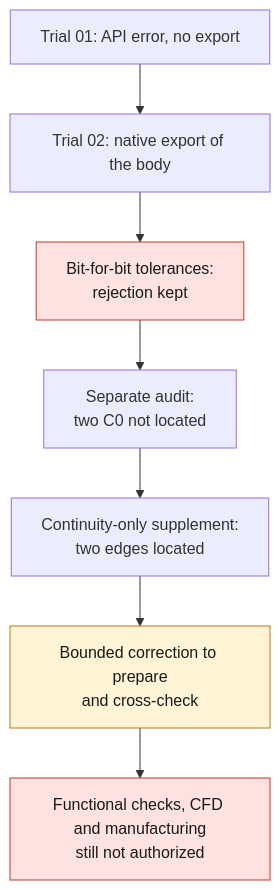
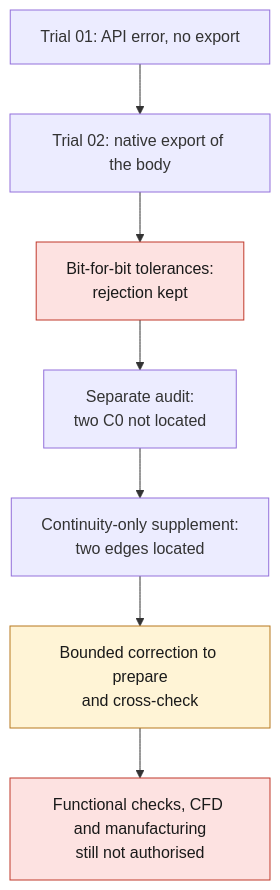
Before and after one commit to cluster2600/porscheparts: the diagram in docs/reports/M64_EXHAUST_NATIVE_AUDIT_20260908.md, drawn with Mermaid. The commit also changed other lines of this file and 480 other files, not shown here.

````diff
--- a/docs/reports/M64_EXHAUST_NATIVE_AUDIT_20260908.md
+++ b/docs/reports/M64_EXHAUST_NATIVE_AUDIT_20260908.md
@@ -113,13 +113,13 @@
 ```mermaid
 flowchart TD
     A["Trial 01: API error, no export"] --> B["Trial 02: native export of the body"]
     B --> C["Bit-for-bit tolerances:<br/>rejection kept"]
     C --> D["Separate audit:<br/>two C0 not located"]
     D --> E["Continuity-only supplement:<br/>two edges located"]
     E --> F["Bounded correction to prepare<br/>and cross-check"]
-    F --> G["Functional checks, CFD and manufacturing<br/>still not authorized"]
+    F --> G["Functional checks, CFD and manufacturing<br/>still not authorised"]
     class C,G stop
     class F open
     classDef stop fill:#fde2e1,stroke:#c0392b,color:#1a1a1a;
     classDef open fill:#fff4d6,stroke:#b7791f,color:#1a1a1a;
 ```
````
